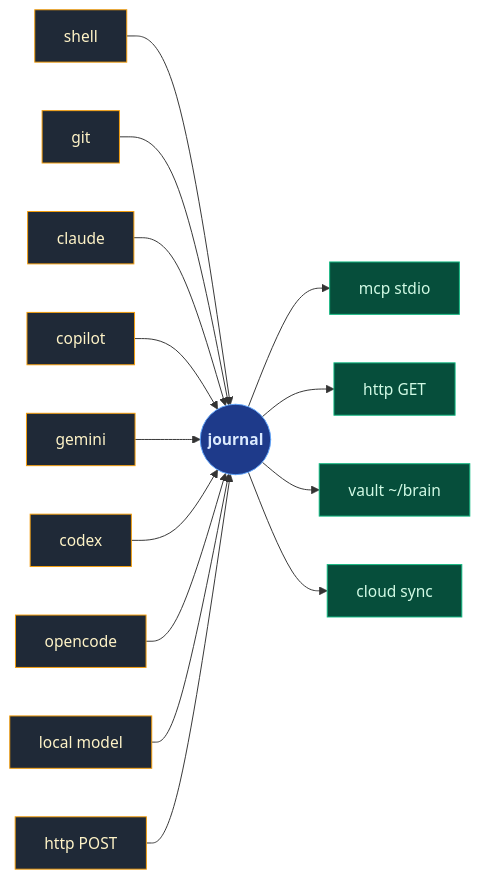
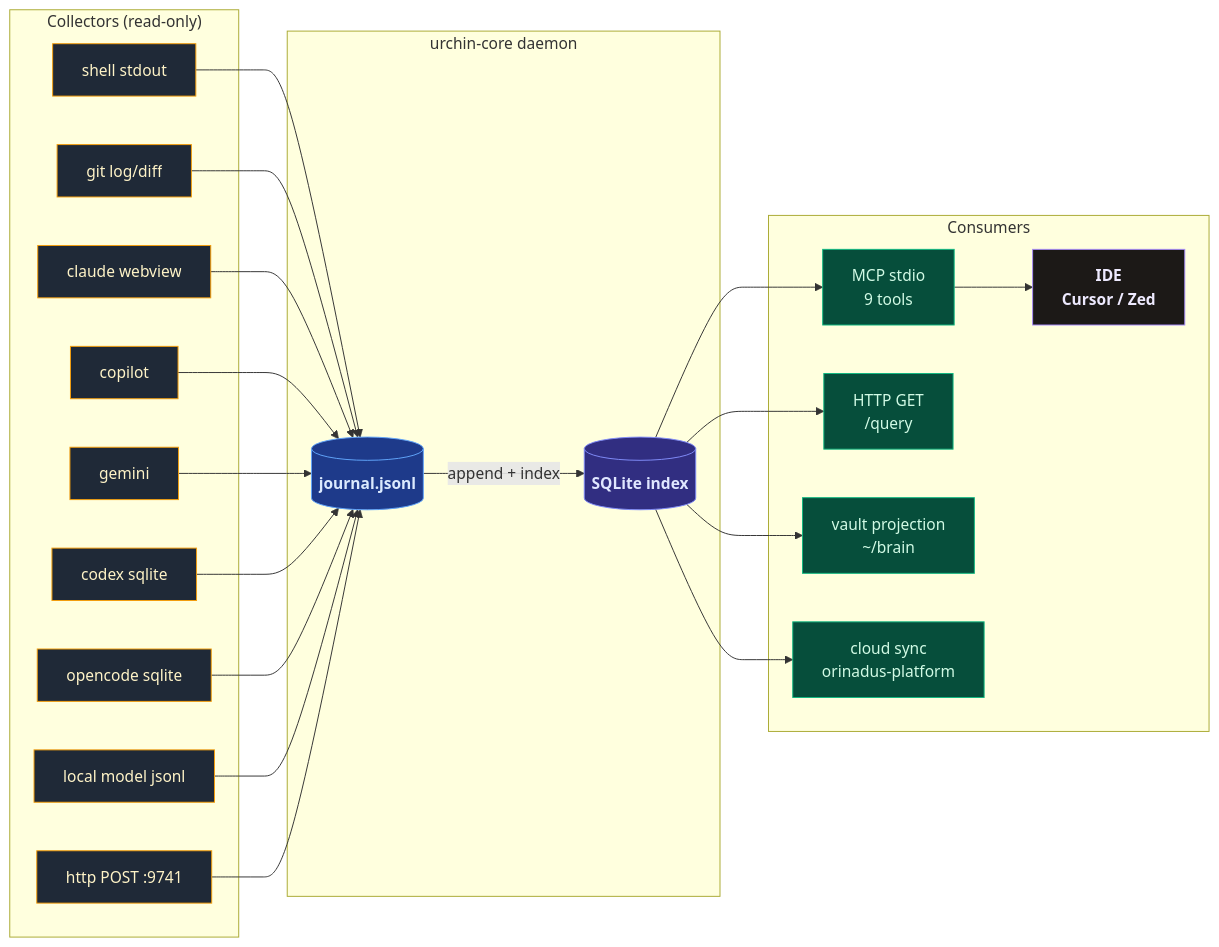
Before and after one commit to orinadus-systems/urchin: the diagram in README.md, drawn with Mermaid. The commit also changed other lines of this file, not shown here.

Commit message:
docs: deepen Mermaid -- add SQLite node, IDE consumer, subgraph structure
- Adds SQLite as an explicit indexed node in the daemon core subgraph
- Adds Cursor/Zed as named IDE consumer downstream of MCP stdio
- Full directed flow: collectors -> journal -> SQLite -> consumers -> IDE
- Adds collector detail (http POST port, sqlite sources, jsonl sources)
- Color-codes all five node classes: collector/journal/db/consumer/ide

````diff
--- a/README.md
+++ b/README.md
@@ -25,27 +25,56 @@
 ```mermaid
 flowchart LR
-    SH[shell]        --> J
-    GIT[git]         --> J
-    CL[claude]       --> J
-    CP[copilot]      --> J
-    GM[gemini]       --> J
-    CDX[codex]       --> J
-    OC[opencode]     --> J
-    LM[local model]  --> J
-    HI[http POST]    --> J
+    subgraph collectors["Collectors (read-only)"]
+        SH[shell stdout]
+        GIT[git log/diff]
+        CL[claude webview]
+        CP[copilot]
+        GM[gemini]
+        CDX[codex sqlite]
+        OC[opencode sqlite]
+        LM[local model jsonl]
+        HI[http POST :9741]
+    end
 
-    J(( journal ))
+    subgraph daemon["urchin-core daemon"]
+        J[(journal.jsonl)]
+        DB[(SQLite index)]
+        J -->|append + index| DB
+    end
 
-    J --> MCP[mcp stdio]
-    J --> HTTP[http GET]
-    J --> VAULT[vault ~/brain]
-    J --> SYNC[cloud sync]
+    subgraph consumers["Consumers"]
+        MCP[MCP stdio\n9 tools]
+        HTTP[HTTP GET\n/query]
+        VAULT[vault projection\n~/brain]
+        SYNC[cloud sync\norinadus-platform]
+        IDE[IDE\nCursor / Zed]
+    end
 
-    classDef core      fill:#1e3a8a,stroke:#60a5fa,color:#dbeafe,font-weight:bold
-    classDef collector fill:#1f2937,stroke:#f59e0b,color:#fef3c7
-    classDef consumer  fill:#064e3b,stroke:#10b981,color:#d1fae5
+    SH  --> J
+    GIT --> J
+    CL  --> J
+    CP  --> J
+    GM  --> J
+    CDX --> J
+    OC  --> J
+    LM  --> J
+    HI  --> J
 
+    DB --> MCP
+    DB --> HTTP
+    DB --> VAULT
+    DB --> SYNC
+    MCP --> IDE
+
+    classDef col  fill:#1f2937,stroke:#f59e0b,color:#fef3c7
+    classDef core fill:#1e3a8a,stroke:#60a5fa,color:#dbeafe,font-weight:bold
+    classDef db   fill:#312e81,stroke:#818cf8,color:#e0e7ff,font-weight:bold
+    classDef con  fill:#064e3b,stroke:#10b981,color:#d1fae5
+    classDef ide  fill:#1c1917,stroke:#a78bfa,color:#ede9fe,font-weight:bold
+
+    class SH,GIT,CL,CP,GM,CDX,OC,LM,HI col
     class J core
-    class SH,GIT,CL,CP,GM,CDX,OC,LM,HI collector
-    class MCP,HTTP,VAULT,SYNC consumer
+    class DB db
+    class MCP,HTTP,VAULT,SYNC con
+    class IDE ide
 ```
````
